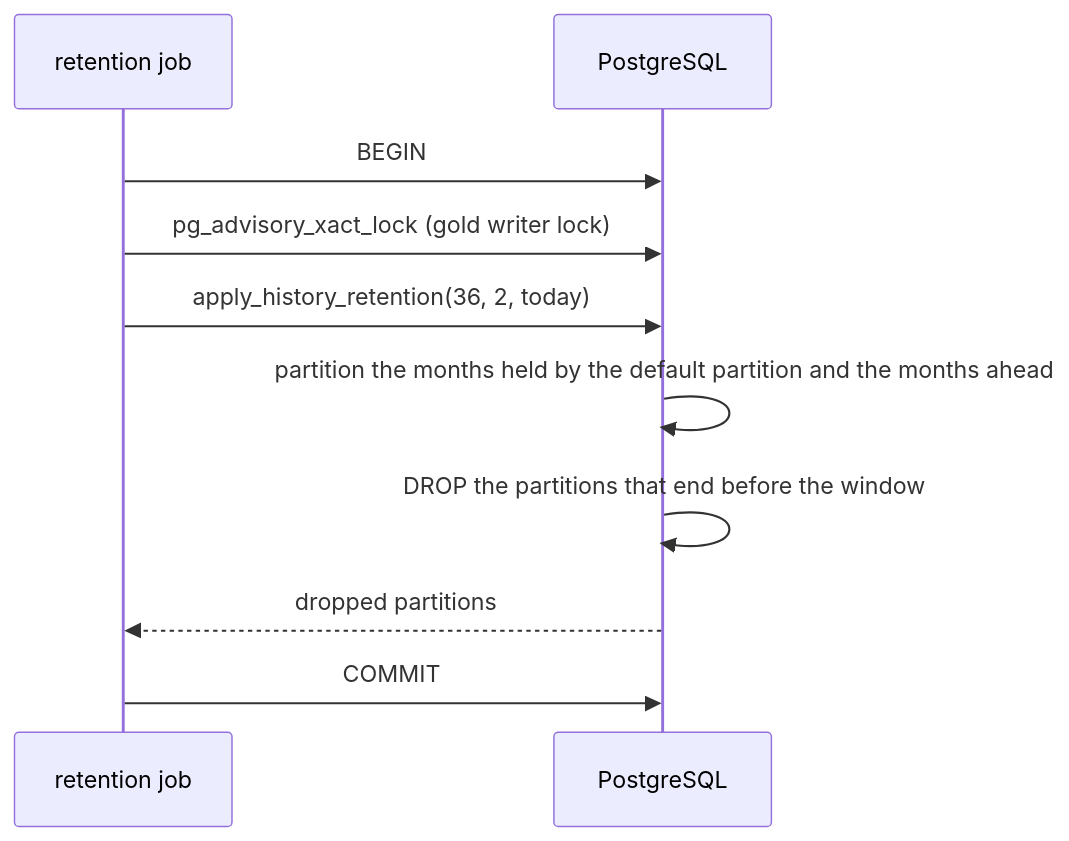
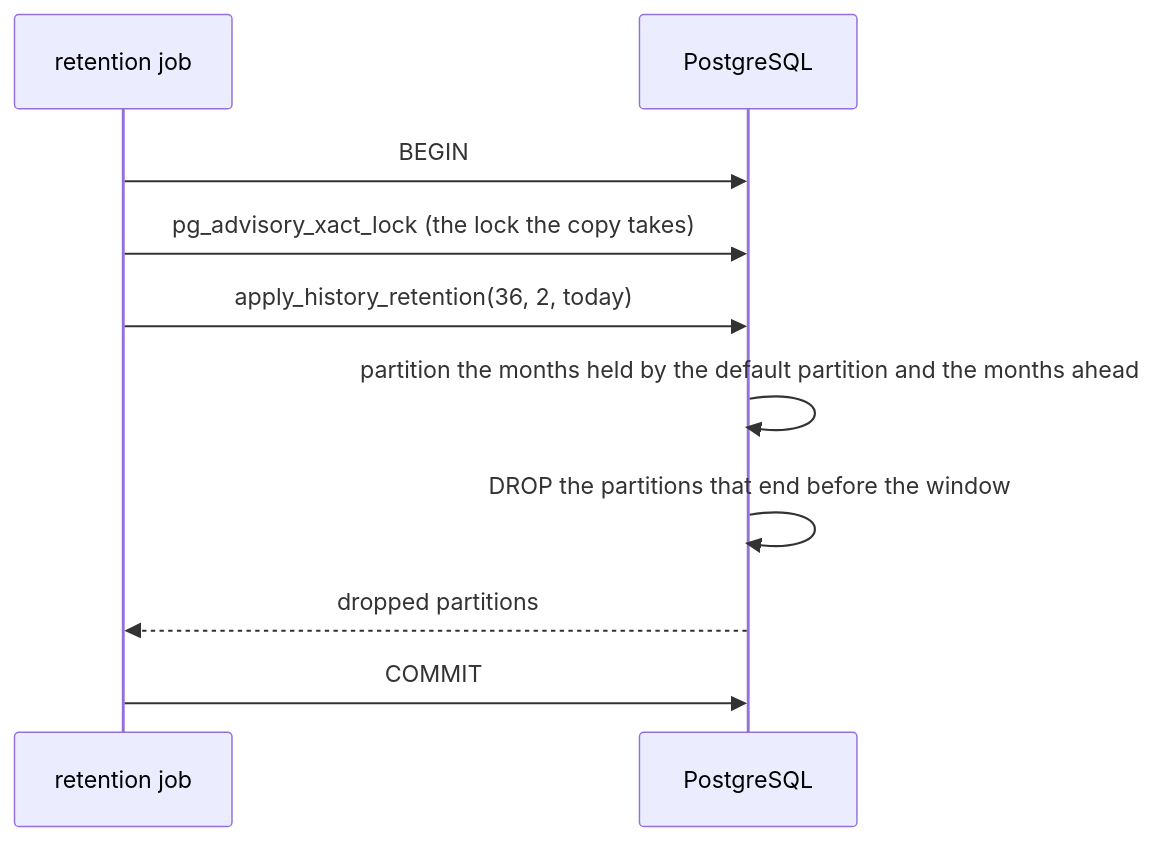
One commit to jonathan5p/deel-home-task changed the second of 4 diagrams in docs/lakehouse/gold/writer.md. Above: the diagram before and after it, drawn with Mermaid. The commit also changed other lines of this file and 5 other files, not shown here.

Commit message:
docs(gold): describe gold built by Spark on Iceberg with PostgreSQL as serving copy

````diff
--- a/docs/lakehouse/gold/writer.md
+++ b/docs/lakehouse/gold/writer.md
@@ -110,12 +143,12 @@
 ```mermaid
 sequenceDiagram
     participant R as retention job
     participant P as PostgreSQL
     R->>P: BEGIN
-    R->>P: pg_advisory_xact_lock (gold writer lock)
+    R->>P: pg_advisory_xact_lock (the lock the copy takes)
     R->>P: apply_history_retention(36, 2, today)
     P->>P: partition the months held by the default partition and the months ahead
     P->>P: DROP the partitions that end before the window
     P-->>R: dropped partitions
     R->>P: COMMIT
 ```
````
